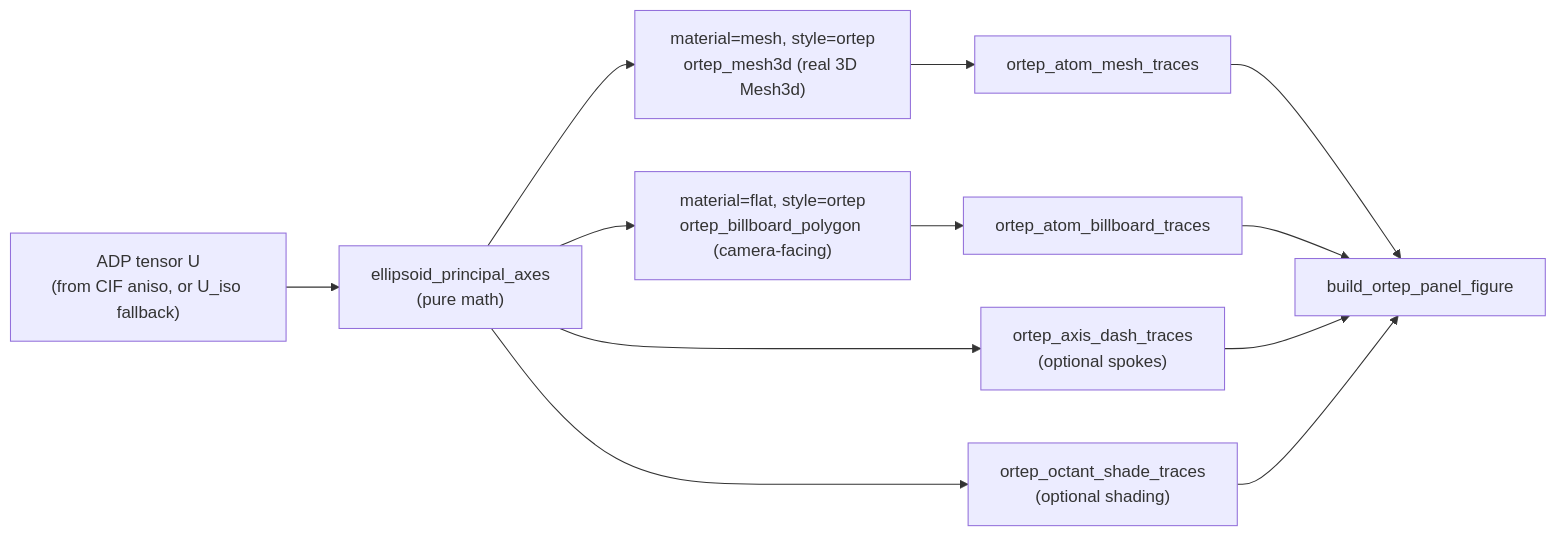
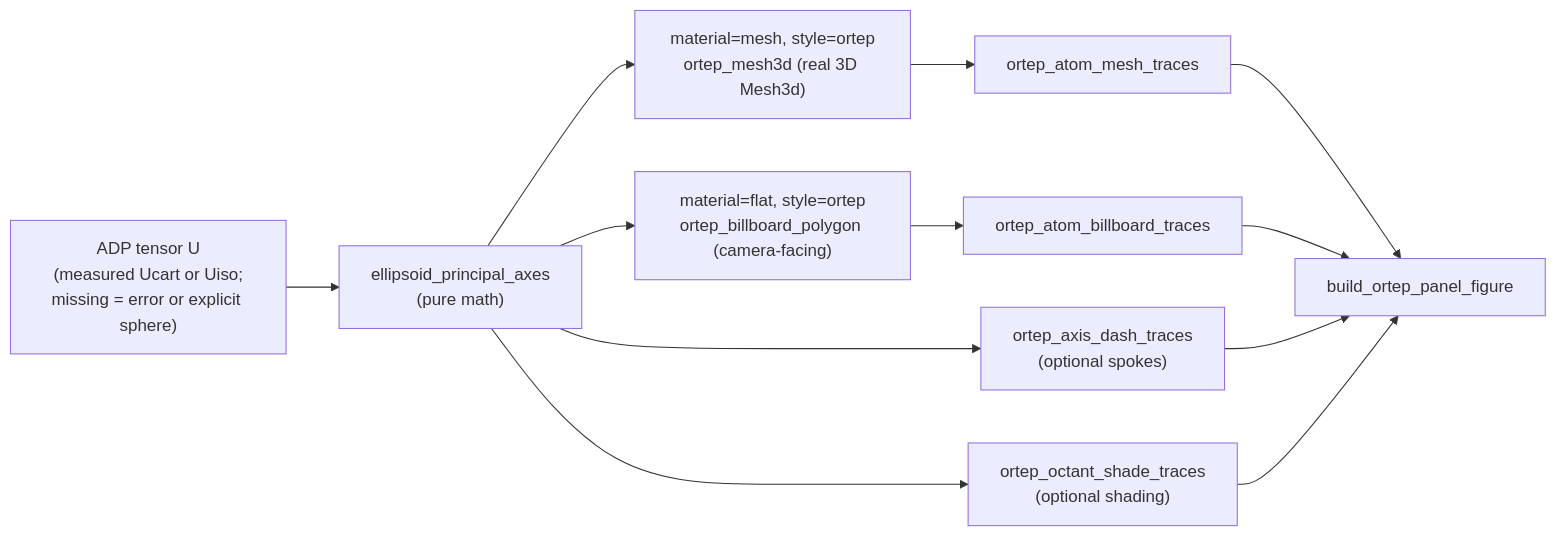
The diagram in docs/agents/ortep_api.md (SchrodingersCattt/MatterVis), drawn with Mermaid before and after one commit. The commit also changed 62 other files, not shown here.

````diff
--- a/docs/agents/ortep_api.md
+++ b/docs/agents/ortep_api.md
@@ -29,14 +29,14 @@
 ```mermaid
 flowchart LR
-    U["ADP tensor U<br/>(from CIF aniso, or U_iso fallback)"] --> AXES["ellipsoid_principal_axes<br/>(pure math)"]
+    U["ADP tensor U<br/>(measured Ucart or Uiso;<br/>missing = error or explicit sphere)"] --> AXES["ellipsoid_principal_axes<br/>(pure math)"]
     AXES --> MESH["material=mesh, style=ortep<br/>ortep_mesh3d (real 3D Mesh3d)"]
     AXES --> BILL["material=flat, style=ortep<br/>ortep_billboard_polygon (camera-facing)"]
     MESH --> MT["ortep_atom_mesh_traces"]
     BILL --> BT["ortep_atom_billboard_traces"]
     MT --> WRAP["build_ortep_panel_figure"]
     BT --> WRAP
     AXES --> AXT["ortep_axis_dash_traces<br/>(optional spokes)"]
     AXES --> SHADE["ortep_octant_shade_traces<br/>(optional shading)"]
     AXT --> WRAP
     SHADE --> WRAP
 ```
````
